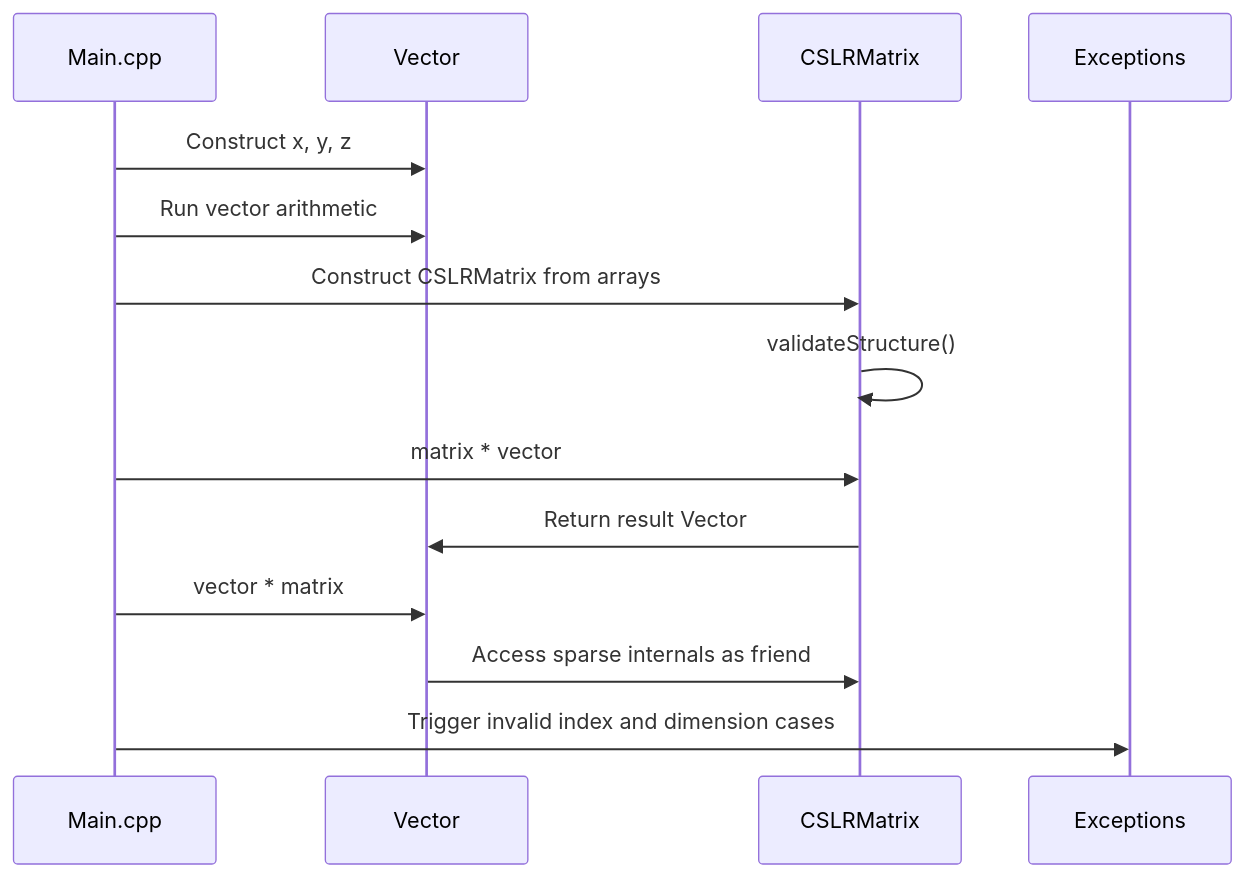
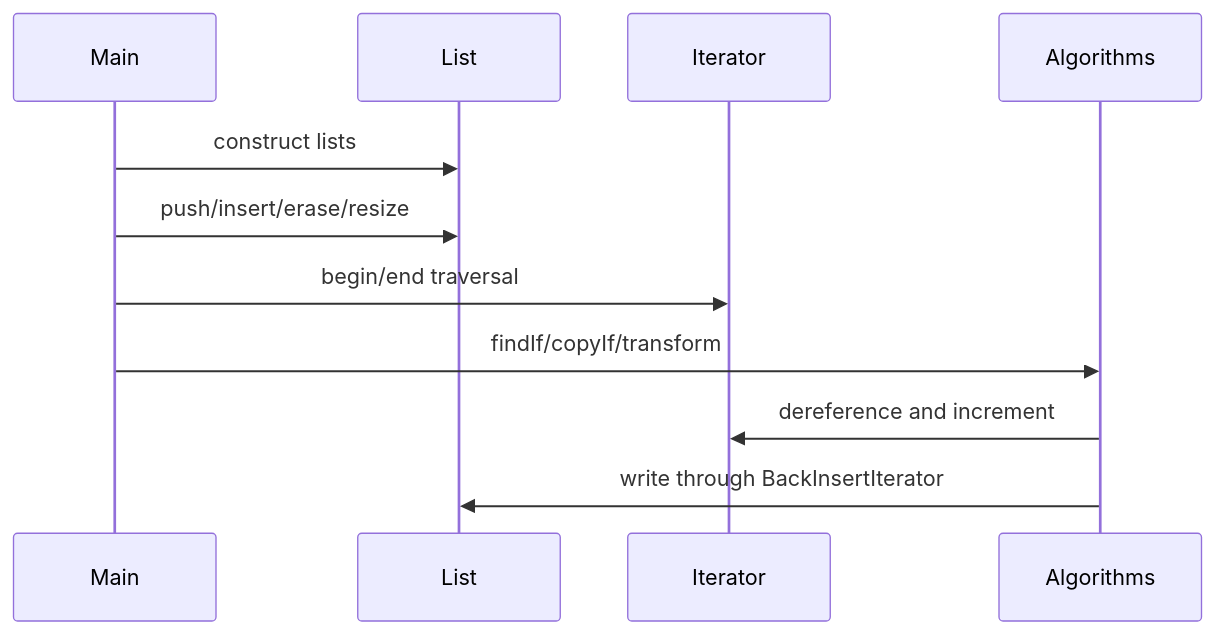
One commit to GOGSIM/BMSTU changed the sixth of 7 diagrams in README.md. Above: the diagram before and after it, drawn with Mermaid. The commit also changed other lines of this file and 11 other files, not shown here.

````diff
--- a/README.md
+++ b/README.md
@@ -324,17 +587,14 @@
 ```mermaid
 sequenceDiagram
-    participant Main as Main.cpp
-    participant Vector as Vector
-    participant Matrix as CSLRMatrix
-    participant Exceptions as Exceptions
+    participant Main
+    participant List
+    participant Iterator
+    participant Algorithms
 
-    Main->>Vector: Construct x, y, z
-    Main->>Vector: Run vector arithmetic
-    Main->>Matrix: Construct CSLRMatrix from arrays
-    Matrix->>Matrix: validateStructure()
-    Main->>Matrix: matrix * vector
-    Matrix->>Vector: Return result Vector
-    Main->>Vector: vector * matrix
-    Vector->>Matrix: Access sparse internals as friend
-    Main->>Exceptions: Trigger invalid index and dimension cases
+    Main->>List: construct lists
+    Main->>List: push/insert/erase/resize
+    Main->>Iterator: begin/end traversal
+    Main->>Algorithms: findIf/copyIf/transform
+    Algorithms->>Iterator: dereference and increment
+    Algorithms->>List: write through BackInsertIterator
 ```
````
